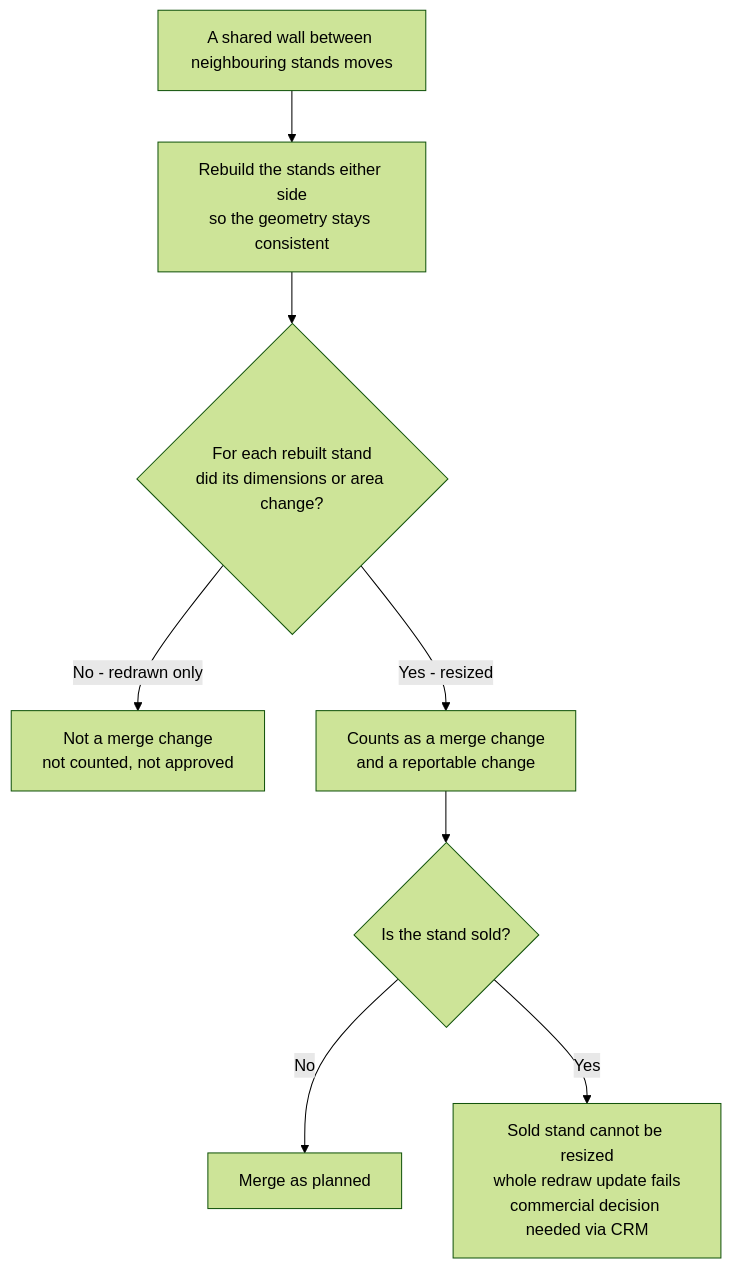
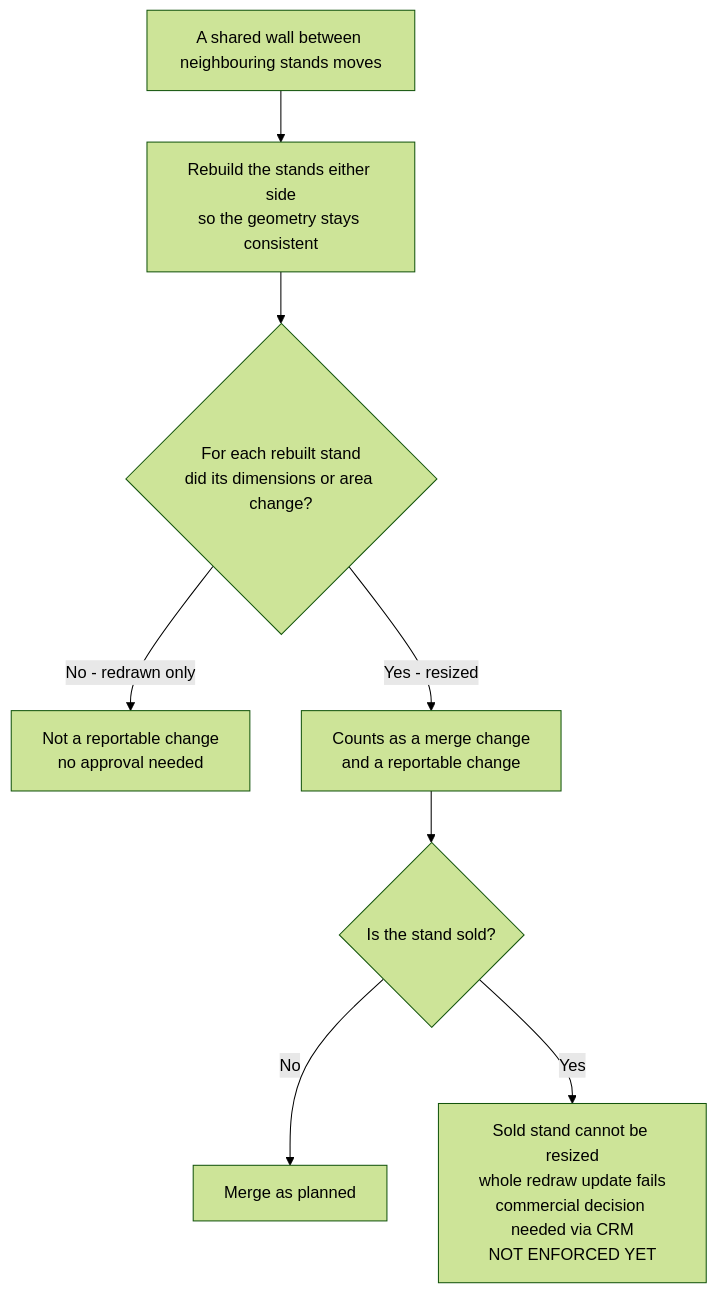
One commit to wknowles/revit-redraw changed the third of 3 diagrams in BUSINESS_PROCESS.md. Above: the diagram before and after it, drawn with Mermaid (forest theme). The commit also changed other lines of this file and 1 other file, not shown here.

First line of the commit message:
Refresh BUSINESS_PROCESS.md against the rebuilt merge graph

````diff
--- a/BUSINESS_PROCESS.md
+++ b/BUSINESS_PROCESS.md
@@ -184,10 +202,10 @@
 ```mermaid
 flowchart TD
     A["A shared wall between neighbouring stands moves"] --> B["Rebuild the stands either side<br/>so the geometry stays consistent"]
     B --> C{"For each rebuilt stand<br/>did its dimensions or area change?"}
-    C -->|No - redrawn only| D["Not a merge change<br/>not counted, not approved"]
+    C -->|No - redrawn only| D["Not a reportable change<br/>no approval needed"]
     C -->|Yes - resized| E["Counts as a merge change<br/>and a reportable change"]
     E --> F{"Is the stand sold?"}
     F -->|No| G["Merge as planned"]
-    F -->|Yes| H["Sold stand cannot be resized<br/>whole redraw update fails<br/>commercial decision needed via CRM"]
+    F -->|Yes| H["Sold stand cannot be resized<br/>whole redraw update fails<br/>commercial decision needed via CRM<br/>NOT ENFORCED YET"]
 ```
````
